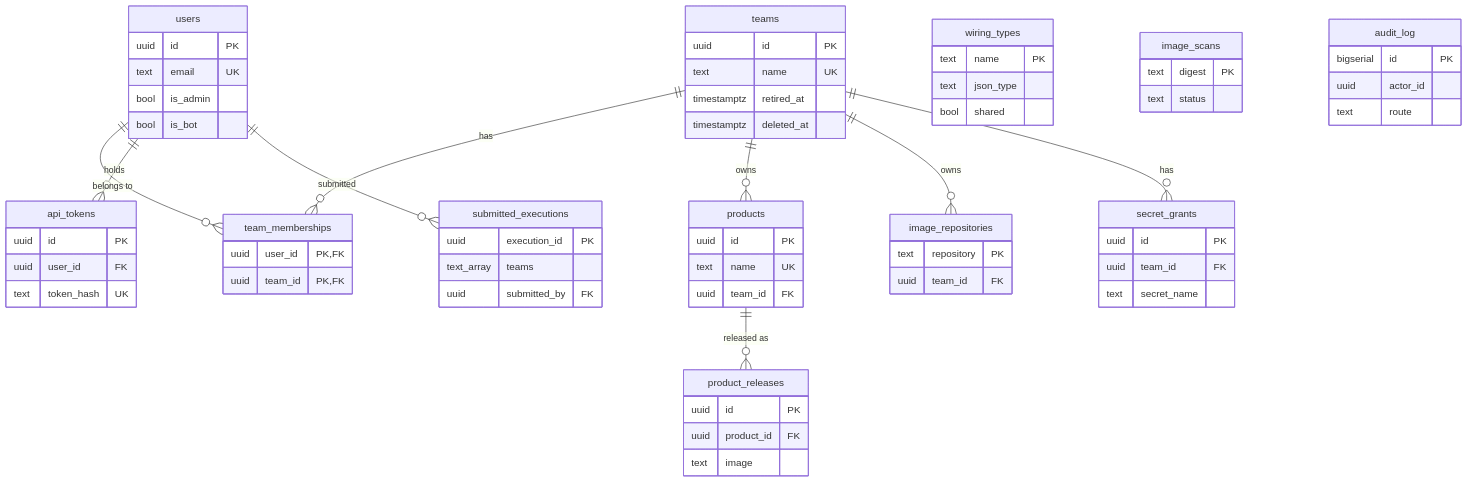
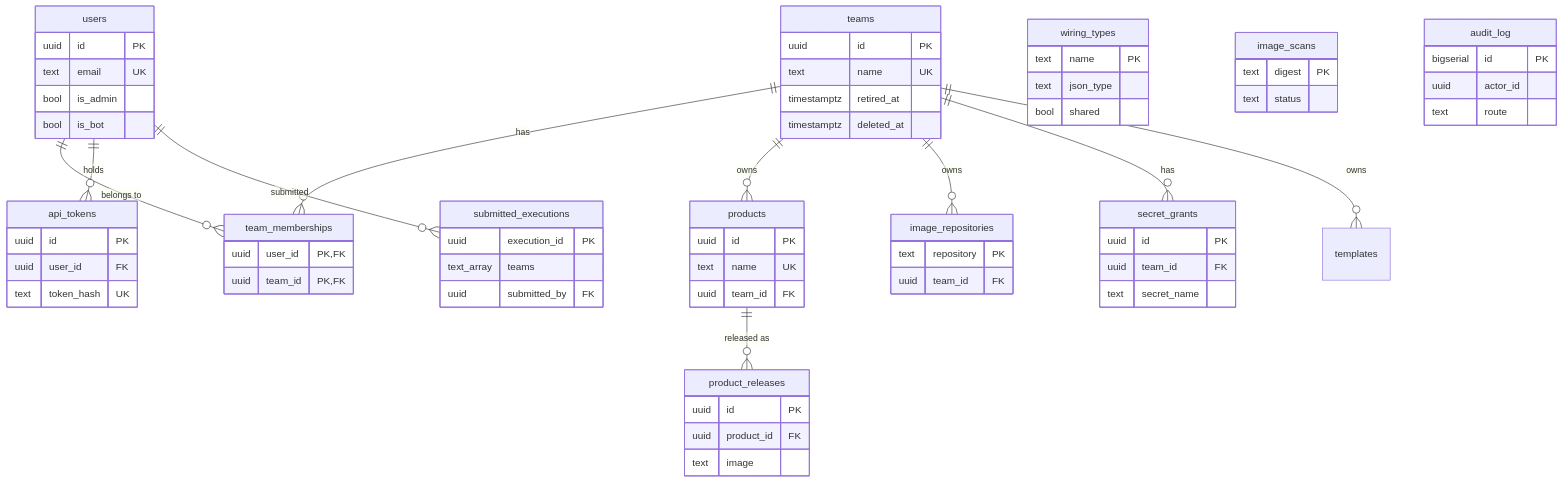
The third of 3 diagrams in console/docs/06-database-schemas.md (rburns629/vertra), drawn with Mermaid before and after one commit. The commit also changed other lines of this file and 122 other files, not shown here.

````diff
--- a/console/docs/06-database-schemas.md
+++ b/console/docs/06-database-schemas.md
@@ -173,70 +176,71 @@
 ```mermaid
 erDiagram
   users ||--o{ team_memberships : "belongs to"
   teams ||--o{ team_memberships : "has"
   users ||--o{ api_tokens : "holds"
   teams ||--o{ products : "owns"
   wiring_types {
     text name PK
     text json_type
     bool shared
   }
   products ||--o{ product_releases : "released as"
   teams ||--o{ image_repositories : "owns"
   teams ||--o{ secret_grants : "has"
+  teams ||--o{ templates : "owns"
   users ||--o{ submitted_executions : "submitted"
   teams {
     uuid id PK
     text name UK
     timestamptz retired_at
     timestamptz deleted_at
   }
   users {
     uuid id PK
     text email UK
     bool is_admin
     bool is_bot
   }
   team_memberships {
     uuid user_id PK,FK
     uuid team_id PK,FK
   }
   api_tokens {
     uuid id PK
     uuid user_id FK
     text token_hash UK
   }
   products {
     uuid id PK
     text name UK
     uuid team_id FK
   }
   product_releases {
     uuid id PK
     uuid product_id FK
     text image
   }
   image_repositories {
     text repository PK
     uuid team_id FK
   }
   image_scans {
     text digest PK
     text status
   }
   audit_log {
     bigserial id PK
     uuid actor_id
     text route
   }
   secret_grants {
     uuid id PK
     uuid team_id FK
     text secret_name
   }
   submitted_executions {
     uuid execution_id PK
     text_array teams
     uuid submitted_by FK
   }
 ```
````
